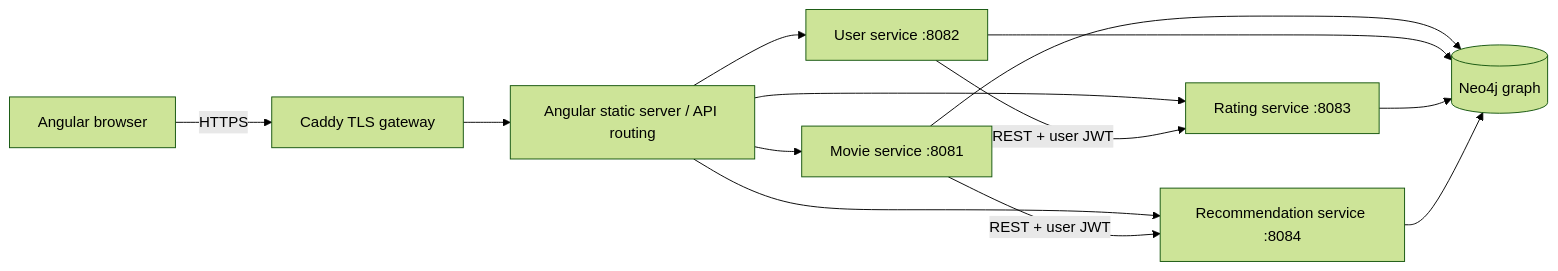
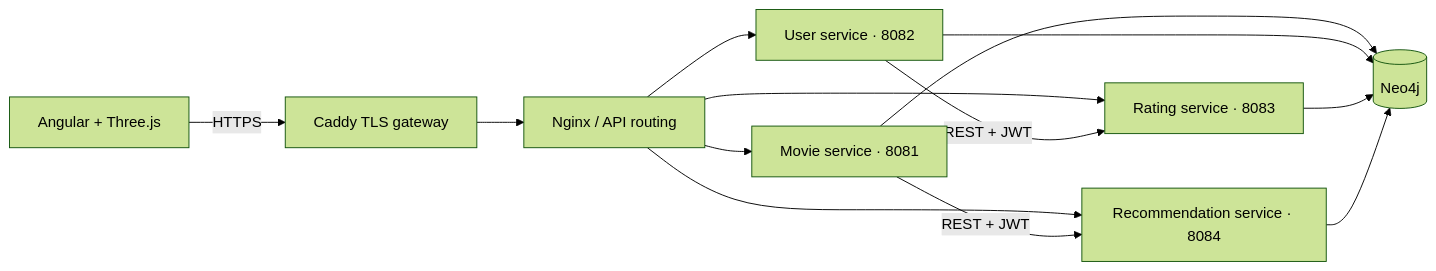
The first of 2 diagrams in README.md (hujaafar/neo4flix), drawn with Mermaid (forest theme) before and after one commit. The commit also changed other lines of this file and 3 other files, not shown here.

Commit message:
docs: showcase Neo4flix with animation architecture and setup guide

````diff
--- a/README.md
+++ b/README.md
@@ -76,15 +137,15 @@
 ```mermaid
 flowchart LR
-  Browser[Angular browser] -->|HTTPS| Caddy[Caddy TLS gateway]
-  Caddy --> Nginx[Angular static server / API routing]
-  Nginx --> Movies[Movie service :8081]
-  Nginx --> Users[User service :8082]
-  Nginx --> Ratings[Rating service :8083]
-  Nginx --> Recs[Recommendation service :8084]
-  Movies -->|REST + user JWT| Recs
-  Users -->|REST + user JWT| Ratings
-  Movies --> Graph[(Neo4j graph)]
-  Users --> Graph
-  Ratings --> Graph
-  Recs --> Graph
+    Browser["Angular + Three.js"] -->|HTTPS| Gateway["Caddy TLS gateway"]
+    Gateway --> Web["Nginx / API routing"]
+    Web --> Movies["Movie service · 8081"]
+    Web --> Users["User service · 8082"]
+    Web --> Ratings["Rating service · 8083"]
+    Web --> Recs["Recommendation service · 8084"]
+    Movies -->|REST + JWT| Recs
+    Users -->|REST + JWT| Ratings
+    Movies --> Graph[(Neo4j)]
+    Users --> Graph
+    Ratings --> Graph
+    Recs --> Graph
 ```
````
